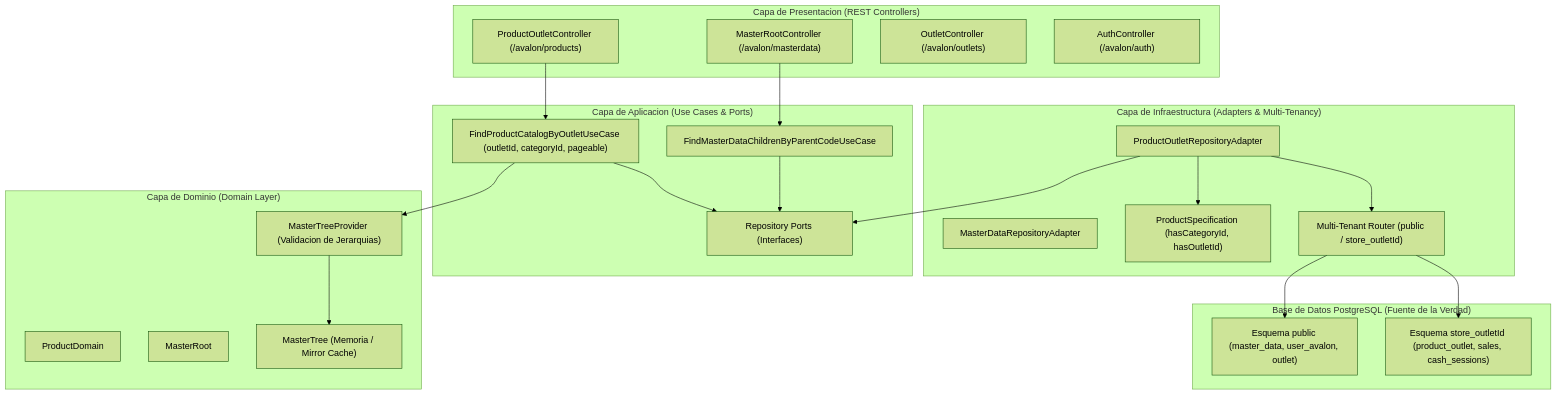
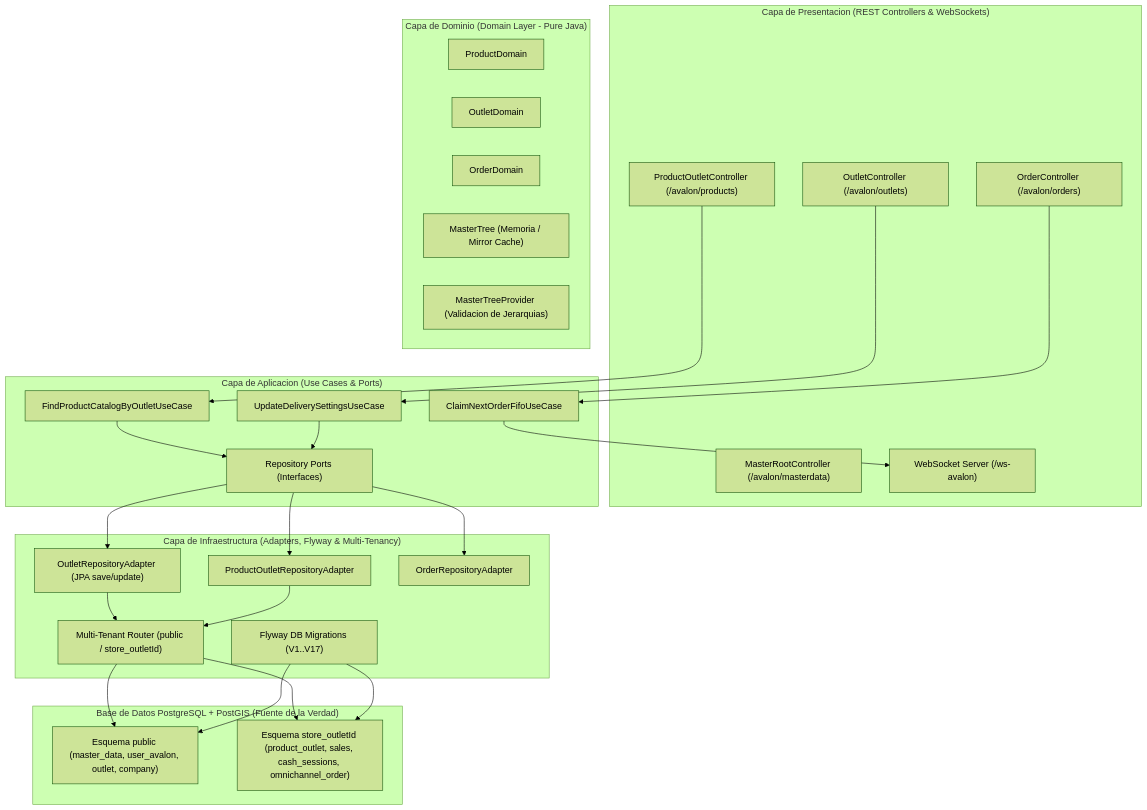
One commit to friastto/AVALONPLAZA changed the diagram in GEMINI.md. Above: the diagram before and after it, drawn with Mermaid (forest theme). The commit also changed other lines of this file, not shown here.

Commit message:
COMMIT VERSION 0.0.46 docs(architecture): actualizacion completa de memoria de arquitectura backend, modulos de dominio y websocket

````diff
--- a/GEMINI.md
+++ b/GEMINI.md
@@ -39,46 +83,54 @@
 ```mermaid
 graph TD
-    subgraph Presentation ["Capa de Presentacion (REST Controllers)"]
+    subgraph Presentation ["Capa de Presentacion (REST Controllers & WebSockets)"]
         ProdCtrl["ProductOutletController (/avalon/products)"]
         MasterCtrl["MasterRootController (/avalon/masterdata)"]
         OutletCtrl["OutletController (/avalon/outlets)"]
-        AuthCtrl["AuthController (/avalon/auth)"]
+        OrderCtrl["OrderController (/avalon/orders)"]
+        WSEndpoint["WebSocket Server (/ws-avalon)"]
     end
 
     subgraph Application ["Capa de Aplicacion (Use Cases & Ports)"]
-        FindCatalogUC["FindProductCatalogByOutletUseCase (outletId, categoryId, pageable)"]
-        FindMasterUC["FindMasterDataChildrenByParentCodeUseCase"]
+        FindCatalogUC["FindProductCatalogByOutletUseCase"]
+        UpdateDeliveryUC["UpdateDeliverySettingsUseCase"]
+        ClaimOrderFifoUC["ClaimNextOrderFifoUseCase"]
         OutPorts["Repository Ports (Interfaces)"]
     end
 
-    subgraph Domain ["Capa de Dominio (Domain Layer)"]
+    subgraph Domain ["Capa de Dominio (Domain Layer - Pure Java)"]
         ProdDomain["ProductDomain"]
-        MasterRootNode["MasterRoot"]
+        OutletDomain["OutletDomain"]
+        OrderDomain["OrderDomain"]
         MasterTreeModel["MasterTree (Memoria / Mirror Cache)"]
         TreeProvider["MasterTreeProvider (Validacion de Jerarquias)"]
     end
 
-    subgraph Infrastructure ["Capa de Infraestructura (Adapters & Multi-Tenancy)"]
+    subgraph Infrastructure ["Capa de Infraestructura (Adapters, Flyway & Multi-Tenancy)"]
         ProdAdapter["ProductOutletRepositoryAdapter"]
-        MasterAdapter["MasterDataRepositoryAdapter"]
-        ProdSpec["ProductSpecification (hasCategoryId, hasOutletId)"]
+        OutletAdapter["OutletRepositoryAdapter (JPA save/update)"]
+        OrderAdapter["OrderRepositoryAdapter"]
         TenantRouter["Multi-Tenant Router (public / store_outletId)"]
+        FlywayMigrations["Flyway DB Migrations (V1..V17)"]
     end
 
-    subgraph Database ["Base de Datos PostgreSQL (Fuente de la Verdad)"]
-        PublicSchema["Esquema public (master_data, user_avalon, outlet)"]
-        StoreSchema["Esquema store_outletId (product_outlet, sales, cash_sessions)"]
+    subgraph Database ["Base de Datos PostgreSQL + PostGIS (Fuente de la Verdad)"]
+        PublicSchema["Esquema public (master_data, user_avalon, outlet, company)"]
+        StoreSchema["Esquema store_outletId (product_outlet, sales, cash_sessions, omnichannel_order)"]
     end
 
     ProdCtrl --> FindCatalogUC
-    MasterCtrl --> FindMasterUC
+    OutletCtrl --> UpdateDeliveryUC
+    OrderCtrl --> ClaimOrderFifoUC
+    ClaimOrderFifoUC --> WSEndpoint
     FindCatalogUC --> OutPorts
-    FindMasterUC --> OutPorts
-    FindCatalogUC --> TreeProvider
-    TreeProvider --> MasterTreeModel
-    ProdAdapter --> OutPorts
-    ProdAdapter --> ProdSpec
+    UpdateDeliveryUC --> OutPorts
+    OutPorts --> OutletAdapter
+    OutPorts --> ProdAdapter
+    OutPorts --> OrderAdapter
+    OutletAdapter --> TenantRouter
     ProdAdapter --> TenantRouter
     TenantRouter --> StoreSchema
     TenantRouter --> PublicSchema
+    FlywayMigrations --> PublicSchema
+    FlywayMigrations --> StoreSchema
 ```
````
